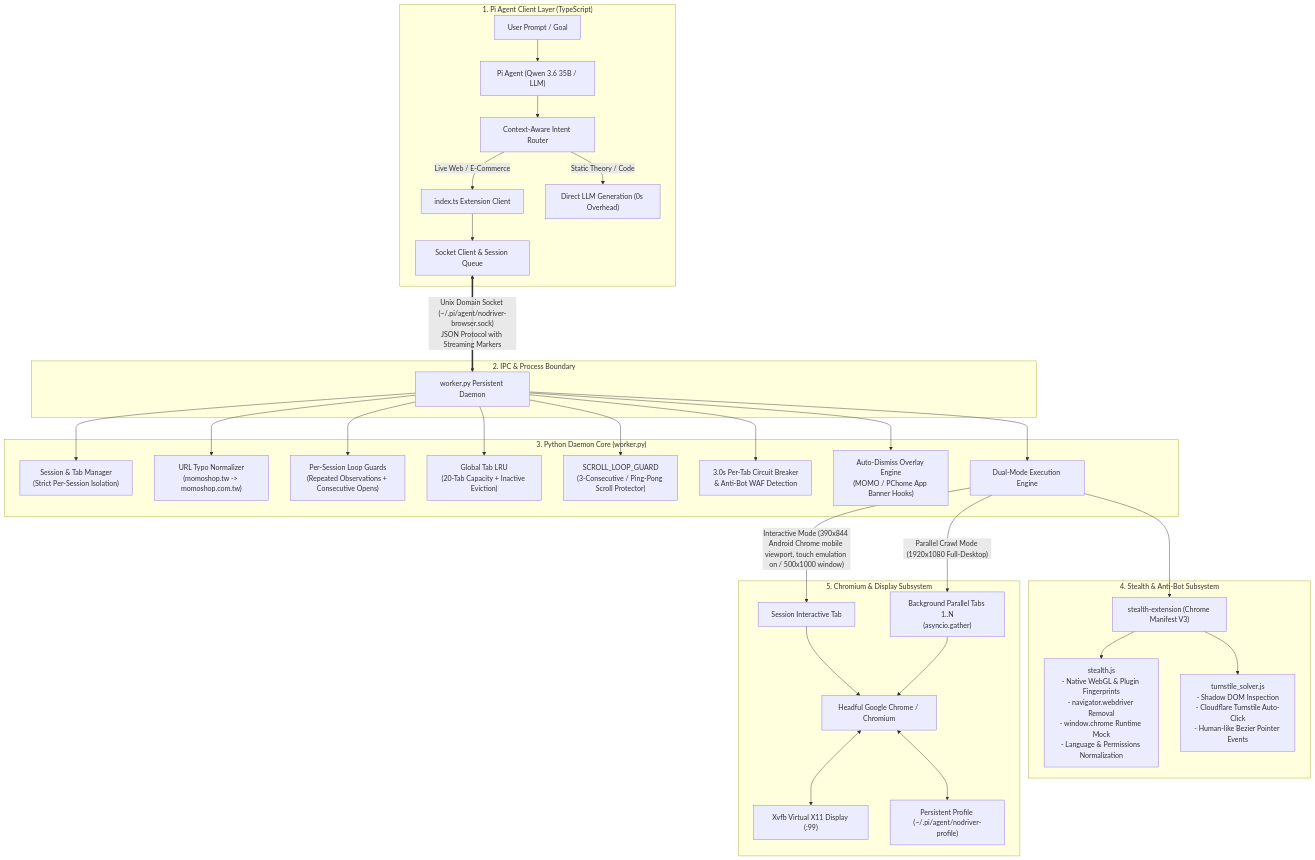
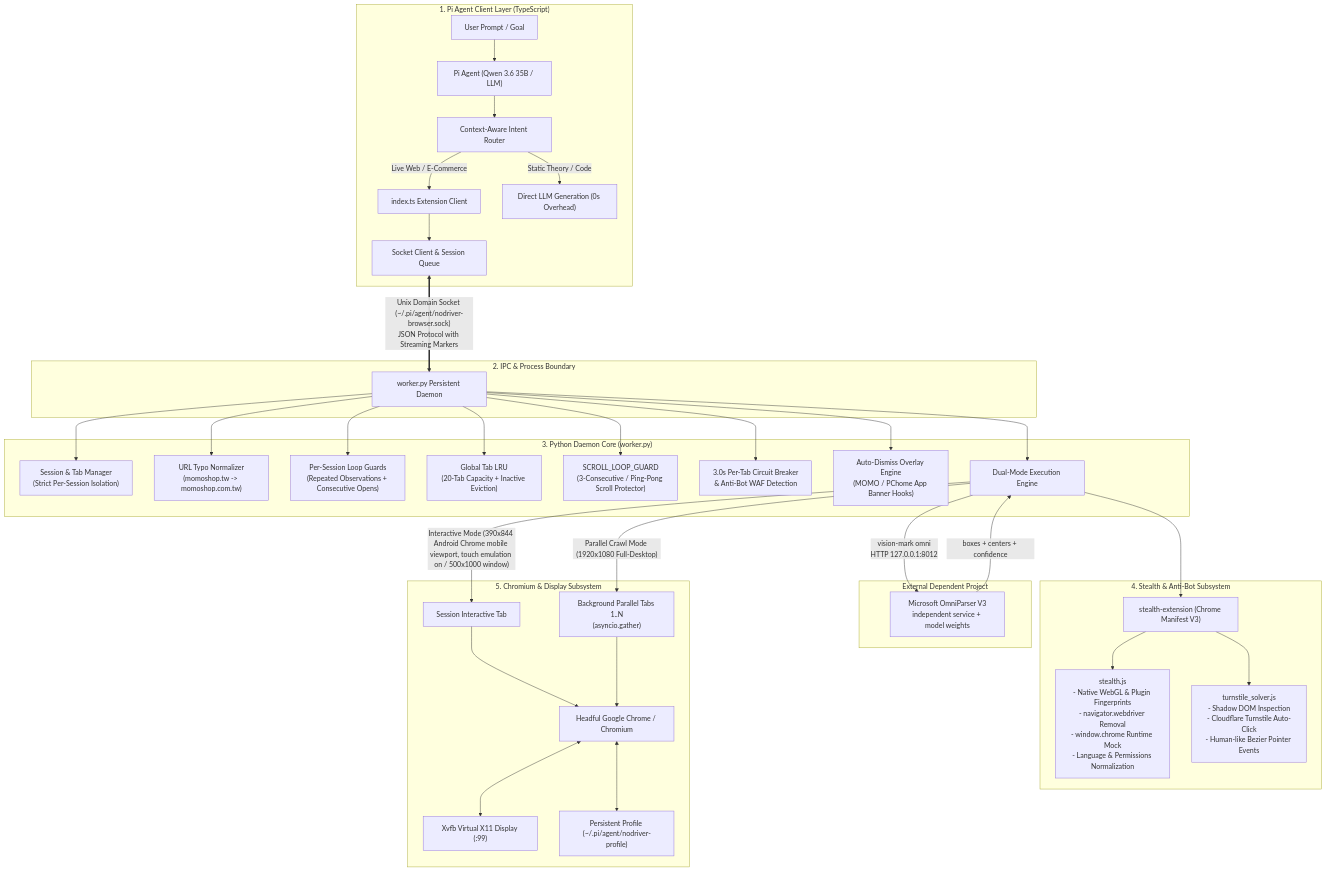
Before and after one commit to AyaSakura-comp/pi-nodriver-browser: the first of 5 diagrams in README.md, drawn with Mermaid. The commit also changed other lines of this file and 5 other files, not shown here.

````diff
--- a/README.md
+++ b/README.md
@@ -24,40 +40,45 @@
 ```mermaid
 flowchart TB
     subgraph ClientLayer["1. Pi Agent Client Layer (TypeScript)"]
         UI["User Prompt / Goal"] --> AGENT["Pi Agent (Qwen 3.6 35B / LLM)"]
         AGENT --> ROUTER["Context-Aware Intent Router"]
         ROUTER -->|"Live Web / E-Commerce"| EXT["index.ts Extension Client"]
         ROUTER -->|"Static Theory / Code"| DIRECT["Direct LLM Generation (0s Overhead)"]
         EXT --> IPC_CLIENT["Socket Client & Session Queue"]
     end
 
     subgraph IPCLayer["2. IPC & Process Boundary"]
         IPC_CLIENT <==>|"Unix Domain Socket (~/.pi/agent/nodriver-browser.sock)\nJSON Protocol with Streaming Markers"| DAEMON["worker.py Persistent Daemon"]
     end
 
     subgraph DaemonLayer["3. Python Daemon Core (worker.py)"]
         DAEMON --> SESSIONS["Session & Tab Manager\n(Strict Per-Session Isolation)"]
         DAEMON --> URL_NORM["URL Typo Normalizer\n(momoshop.tw -> momoshop.com.tw)"]
         DAEMON --> GUARD["Per-Session Loop Guards\n(Repeated Observations + Consecutive Opens)"]
         DAEMON --> TAB_LRU["Global Tab LRU\n(20-Tab Capacity + Inactive Eviction)"]
         DAEMON --> SCROLL_GUARD["SCROLL_LOOP_GUARD\n(3-Consecutive / Ping-Pong Scroll Protector)"]
         DAEMON --> BREAKER["3.0s Per-Tab Circuit Breaker\n& Anti-Bot WAF Detection"]
         DAEMON --> AUTO_DISMISS["Auto-Dismiss Overlay Engine\n(MOMO / PChome App Banner Hooks)"]
         DAEMON --> ENGINE["Dual-Mode Execution Engine"]
     end
 
     subgraph StealthLayer["4. Stealth & Anti-Bot Subsystem"]
         ENGINE --> STEALTH_EXT["stealth-extension (Chrome Manifest V3)"]
         STEALTH_EXT --> S_STEALTH["stealth.js\n- Native WebGL & Plugin Fingerprints\n- navigator.webdriver Removal\n- window.chrome Runtime Mock\n- Language & Permissions Normalization"]
         STEALTH_EXT --> S_SOLVER["turnstile_solver.js\n- Shadow DOM Inspection\n- Cloudflare Turnstile Auto-Click\n- Human-like Bezier Pointer Events"]
     end
 
+    subgraph DependentProjectLayer["External Dependent Project"]
+        ENGINE -->|"vision-mark omni\nHTTP 127.0.0.1:8012"| OMNI["Microsoft OmniParser V3\nindependent service + model weights"]
+        OMNI -->|"boxes + centers + confidence"| ENGINE
+    end
+
     subgraph BrowserLayer["5. Chromium & Display Subsystem"]
         ENGINE -->|"Interactive Mode (390x844 Android Chrome mobile viewport, touch emulation on / 500x1000 window)"| TAB_ACTIVE["Session Interactive Tab"]
         ENGINE -->|"Parallel Crawl Mode (1920x1080 Full-Desktop)"| TABS_POOL["Background Parallel Tabs 1..N\n(asyncio.gather)"]
         TAB_ACTIVE --> CHROME["Headful Google Chrome / Chromium"]
         TABS_POOL --> CHROME
         CHROME <--> XVFB["Xvfb Virtual X11 Display (:99)"]
         CHROME <--> PROFILE["Persistent Profile (~/.pi/agent/nodriver-profile)"]
     end
 ```
````
